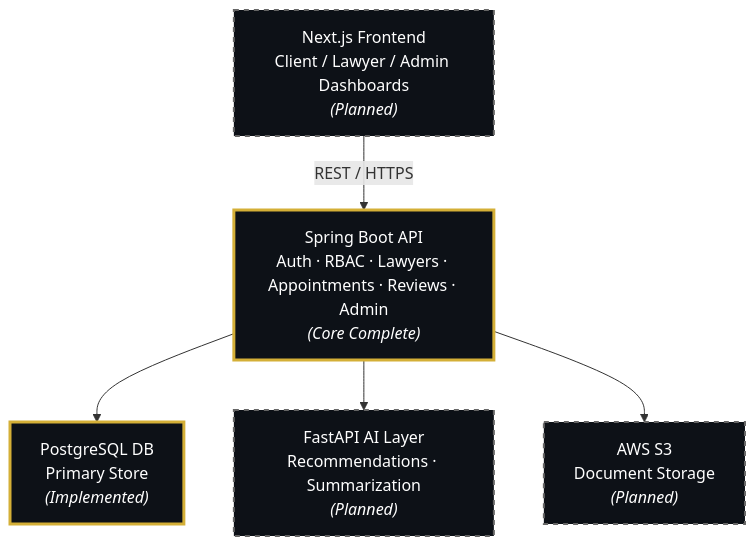
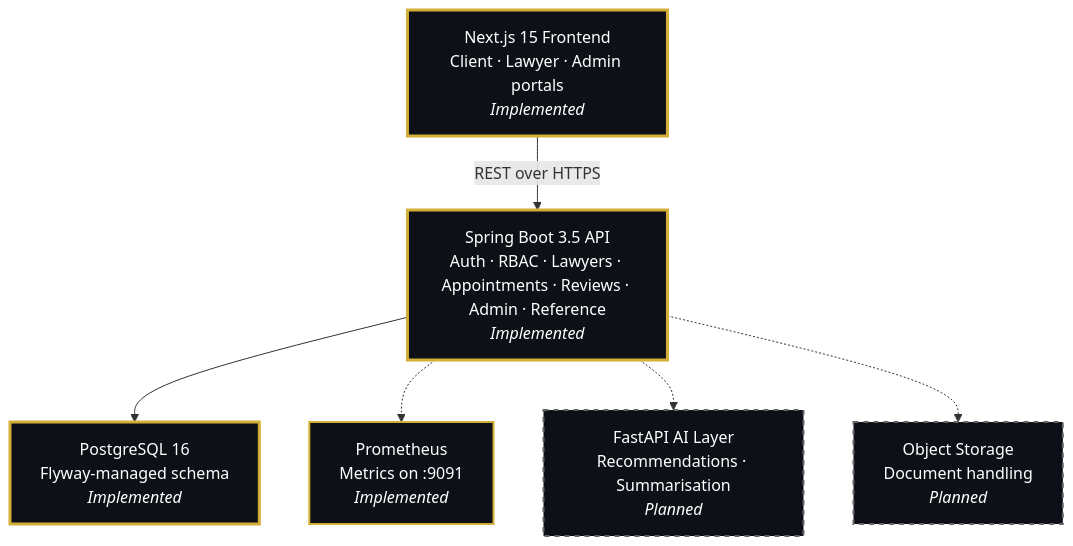
The first of 2 diagrams in README.md (arshraj1020/vakil-connect), drawn with Mermaid before and after one commit. The commit also changed other lines of this file and 54 other files, not shown here.

Commit message:
feat: complete frontend polish, testing, accessibility, and documentation

````diff
--- a/README.md
+++ b/README.md
@@ -230,13 +111,15 @@
 ```mermaid
 flowchart TD
- A[" Next.js Frontend<br/>Client / Lawyer / Admin Dashboards<br/><i>(Planned)</i>"] -->|REST / HTTPS| B[" Spring Boot API<br/>Auth · RBAC · Lawyers · Appointments · Reviews · Admin<br/><i>(Core Complete)</i>"]
- B --> C[" PostgreSQL DB<br/>Primary Store<br/><i>(Implemented)</i>"]
- B --> D[" FastAPI AI Layer<br/>Recommendations · Summarization<br/><i>(Planned)</i>"]
- B --> E[" AWS S3<br/>Document Storage<br/><i>(Planned)</i>"]
+ A["Next.js 15 Frontend<br/>Client · Lawyer · Admin portals<br/><i>Implemented</i>"] -->|REST over HTTPS| B["Spring Boot 3.5 API<br/>Auth · RBAC · Lawyers · Appointments · Reviews · Admin · Reference<br/><i>Implemented</i>"]
+ B --> C["PostgreSQL 16<br/>Flyway-managed schema<br/><i>Implemented</i>"]
+ B -.-> D["Prometheus<br/>Metrics on :9091<br/><i>Implemented</i>"]
+ B -.-> E["FastAPI AI Layer<br/>Recommendations · Summarisation<br/><i>Planned</i>"]
+ B -.-> F["Object Storage<br/>Document handling<br/><i>Planned</i>"]
 
- style A fill:#0d1117,stroke:#666,stroke-width:2px,color:#fff,stroke-dasharray: 5 5
+ style A fill:#0d1117,stroke:#D4AF37,stroke-width:3px,color:#fff
  style B fill:#0d1117,stroke:#D4AF37,stroke-width:3px,color:#fff
  style C fill:#0d1117,stroke:#D4AF37,stroke-width:3px,color:#fff
- style D fill:#0d1117,stroke:#666,stroke-width:2px,color:#fff,stroke-dasharray: 5 5
+ style D fill:#0d1117,stroke:#D4AF37,stroke-width:2px,color:#fff
  style E fill:#0d1117,stroke:#666,stroke-width:2px,color:#fff,stroke-dasharray: 5 5
+ style F fill:#0d1117,stroke:#666,stroke-width:2px,color:#fff,stroke-dasharray: 5 5
 ```
````
